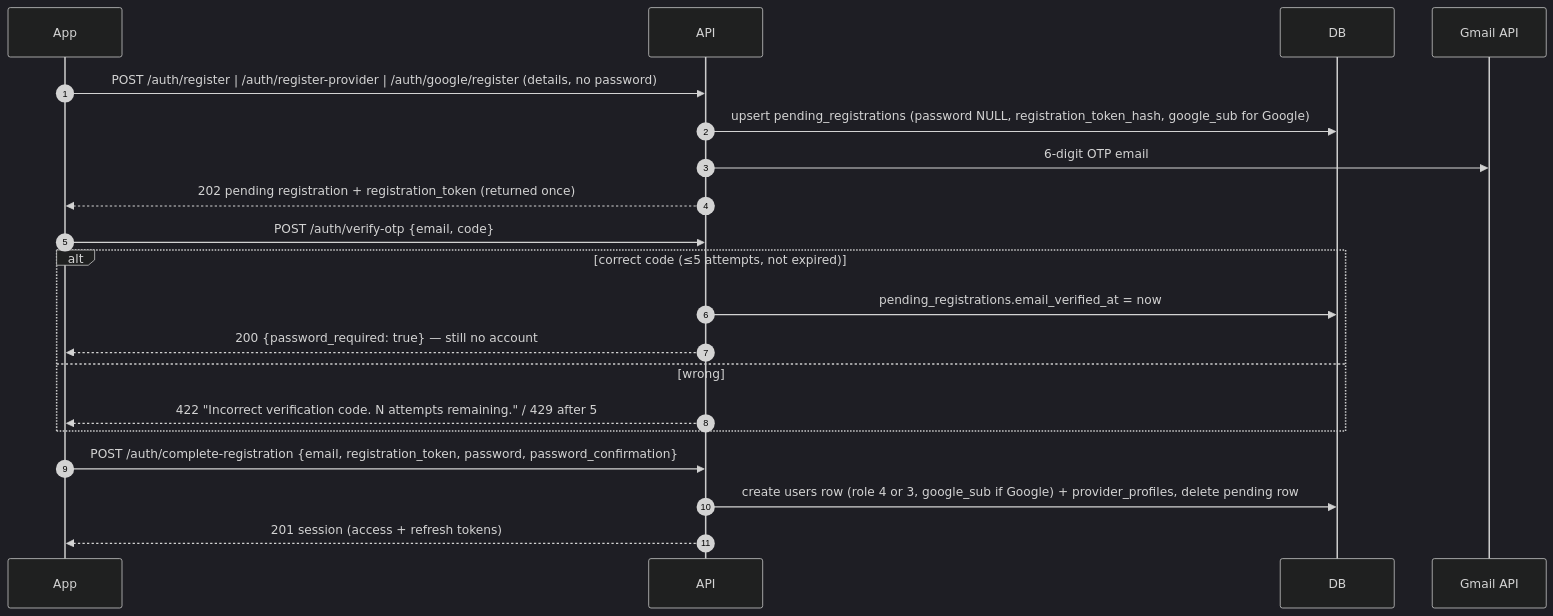
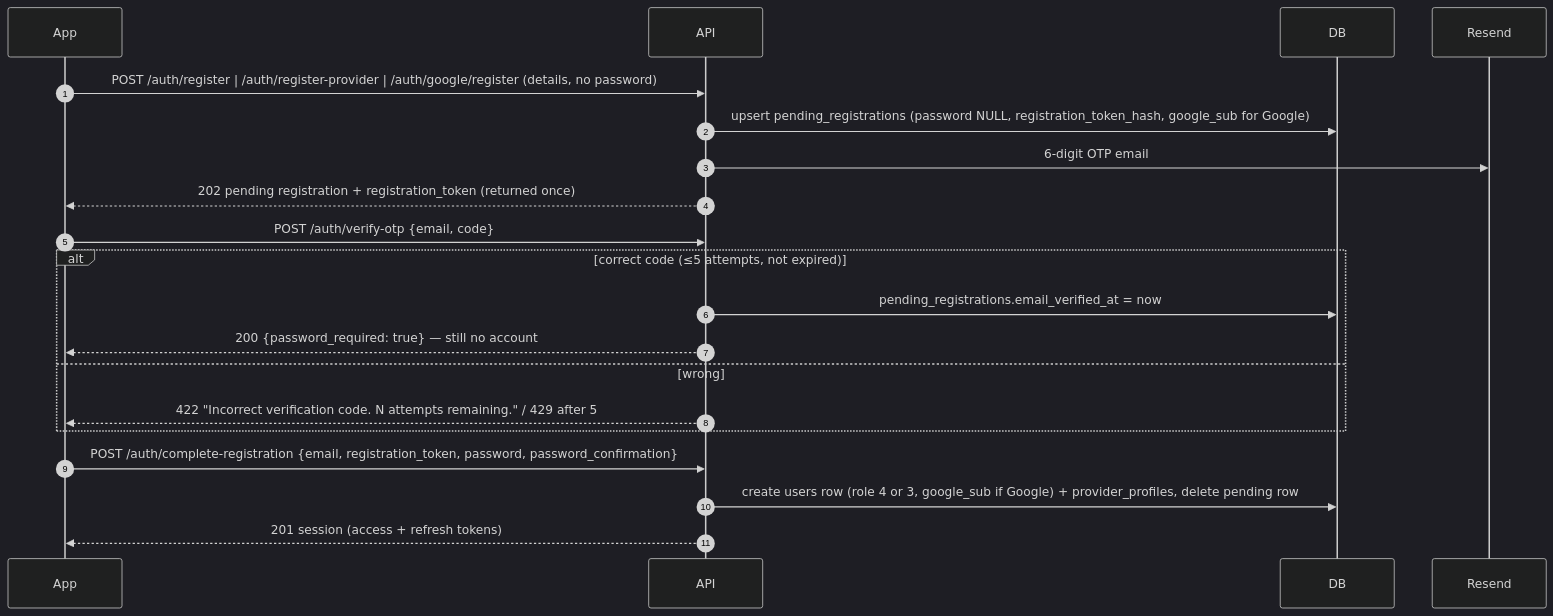
The diagram in SkillServe-Vault/02 - Domain & Business Logic/Registration and OTP Flow.md (EarlCao/skillserve-web-root), drawn with Mermaid (dark theme) before and after one commit. The commit also changed other lines of this file and 11 other files, not shown here.

````diff
--- a/SkillServe-Vault/02 - Domain & Business Logic/Registration and OTP Flow.md
+++ b/SkillServe-Vault/02 - Domain & Business Logic/Registration and OTP Flow.md
@@ -23,22 +24,22 @@
 ```mermaid
 sequenceDiagram
   autonumber
   participant App
   participant API
   participant DB
-  participant Mail as Gmail API
+  participant Mail as Resend
   App->>API: POST /auth/register | /auth/register-provider | /auth/google/register (details, no password)
   API->>DB: upsert pending_registrations (password NULL, registration_token_hash, google_sub for Google)
   API->>Mail: 6-digit OTP email
   API-->>App: 202 pending registration + registration_token (returned once)
   App->>API: POST /auth/verify-otp {email, code}
   alt correct code (≤5 attempts, not expired)
     API->>DB: pending_registrations.email_verified_at = now
     API-->>App: 200 {password_required: true} — still no account
   else wrong
     API-->>App: 422 "Incorrect verification code. N attempts remaining." / 429 after 5
   end
   App->>API: POST /auth/complete-registration {email, registration_token, password, password_confirmation}
   API->>DB: create users row (role 4 or 3, google_sub if Google) + provider_profiles, delete pending row
   API-->>App: 201 session (access + refresh tokens)
 ```
````
